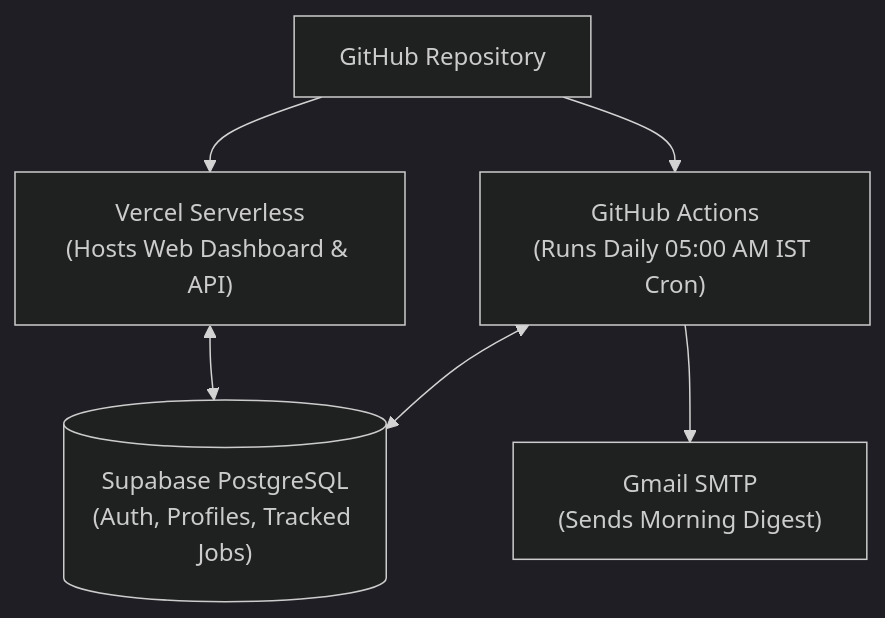
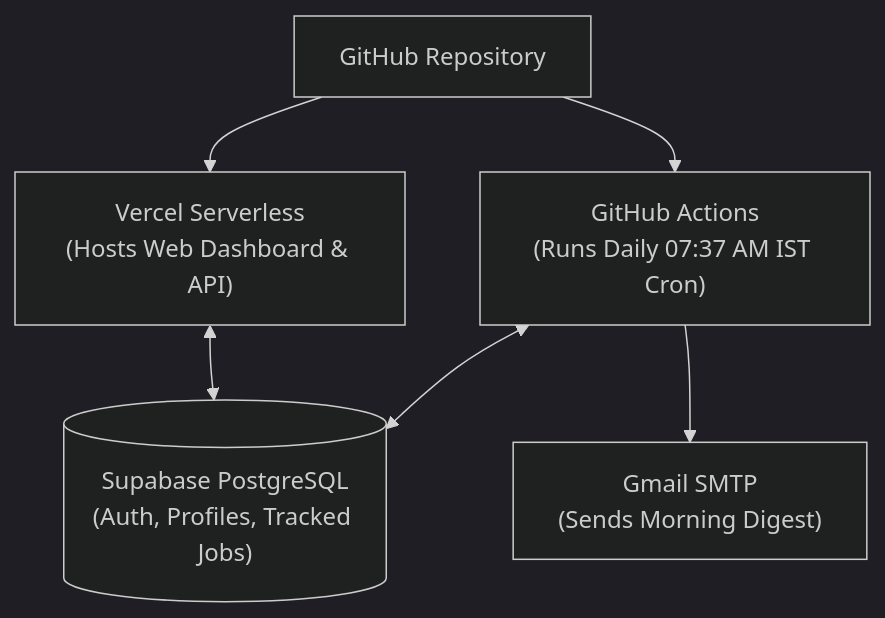
One commit to tanish-jain-225/job-hunter changed the third of 3 diagrams in docs/SETUP.md. Above: the diagram before and after it, drawn with Mermaid (dark theme). The commit also changed other lines of this file and 11 other files, not shown here.

Commit message:
fix(llm,scheduler): harden model-first key rotation, failover cascades, and 07:37 IST cron

````diff
--- a/docs/SETUP.md
+++ b/docs/SETUP.md
@@ -535,8 +535,8 @@
 ```mermaid
 flowchart TD
     Repo["GitHub Repository"] --> Vercel["Vercel Serverless\n(Hosts Web Dashboard & API)"]
-    Repo --> Actions["GitHub Actions\n(Runs Daily 05:00 AM IST Cron)"]
+    Repo --> Actions["GitHub Actions\n(Runs Daily 07:37 AM IST Cron)"]
     Vercel <--> Supabase[("Supabase PostgreSQL\n(Auth, Profiles, Tracked Jobs)")]
     Actions <--> Supabase
     Actions --> SMTP["Gmail SMTP\n(Sends Morning Digest)"]
 ```
````
